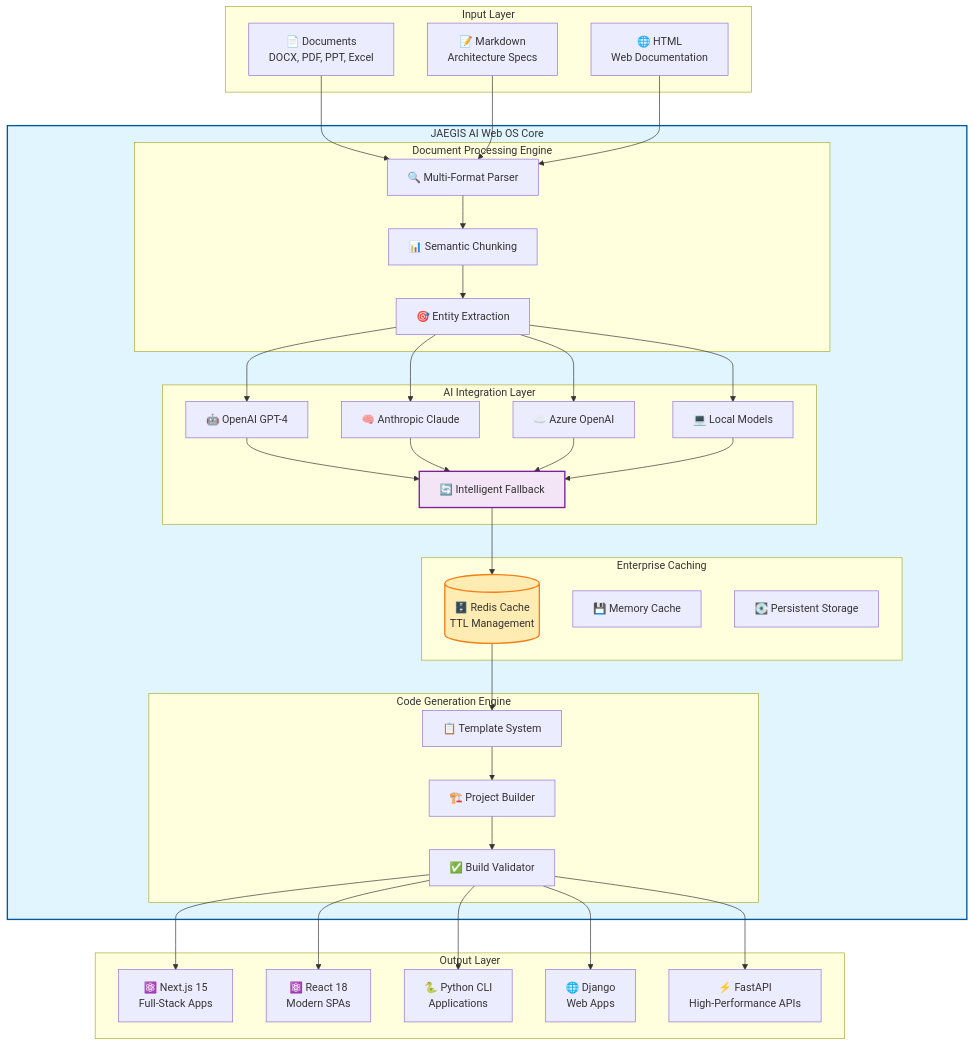
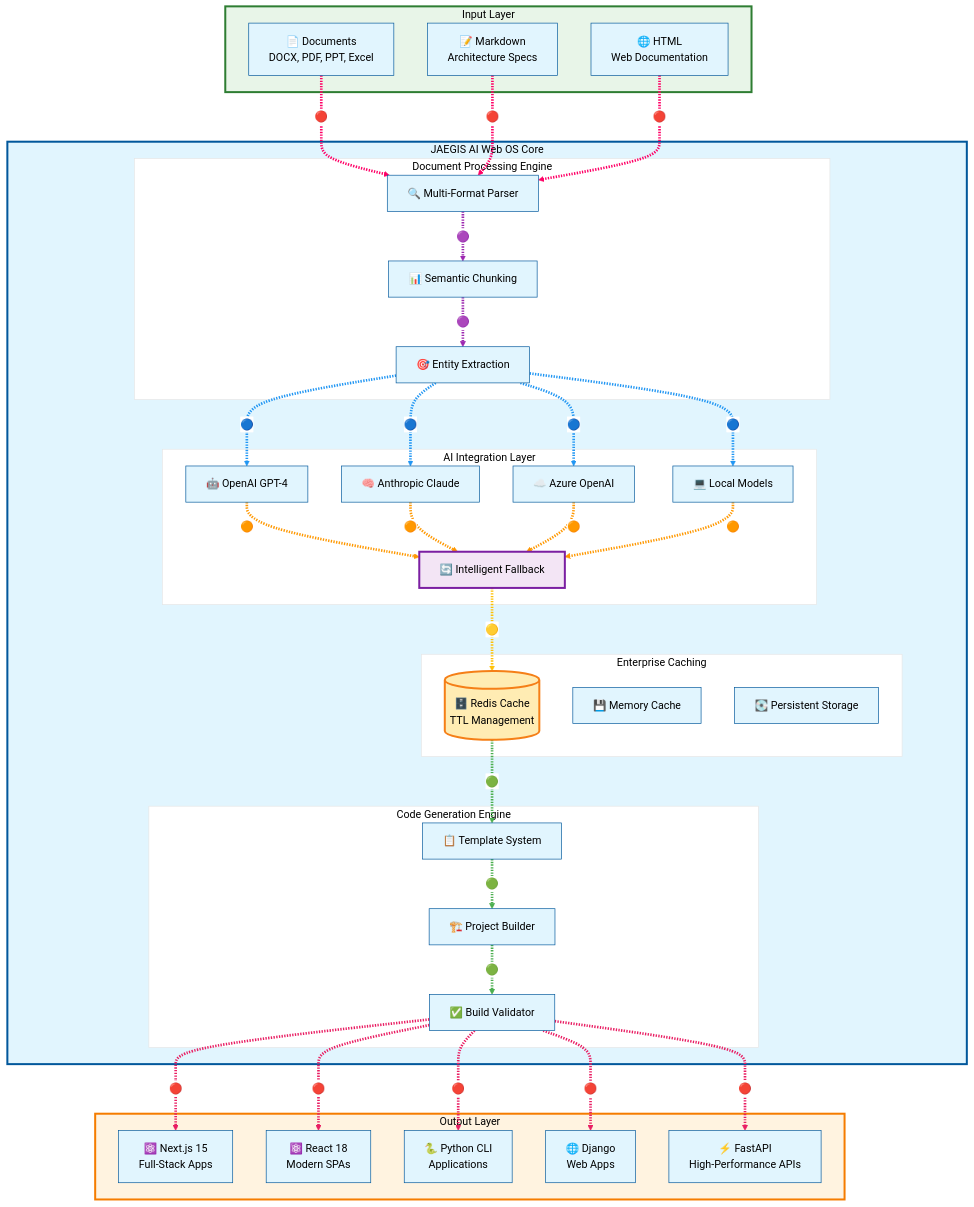
One commit to usemanusai/JAEGIS-AI-Web-OS changed the diagram in README-corrected.md. Above: the diagram before and after it, drawn with Mermaid.

Commit message:
fix: Make Mermaid diagram arrows and connections highly visible with bright colors
🎨 Enhanced Diagram Visibility:
- Added bright pink (#ff0066) arrows for maximum contrast in both light and dark modes
- Applied color-coded connection lines with 4px stroke width for clarity
- Used dotted arrow style (-.->|) with colored emoji indicators
- Implemented individual linkStyle definitions for each connection
- Added Mermaid theme configuration for optimal rendering

🌈 Color-Coded Flow System:
- 🔴 Red: Input processing and final output connections
- 🟣 Purple: Document processing pipeline
- 🔵 Blue: AI provider connections
- 🟠 Orange: AI fallback routing
- 🟡 Yellow: Cache integration
- 🟢 Green: Code generation pipeline
- 🔴 Pink: Final output delivery

♿ Accessibility Maintained:
- High contrast colors work in both light and dark themes
- Colorblind-friendly with emoji indicators as backup
- Thick stroke width (4px) ensures visibility at all zoom levels
- Professional appearance with enhanced readability

The diagram arrows and connections are now highly visible with bright, contrasting colors that stand out clearly in both GitHub light and dark themes.

````diff
--- a/README-corrected.md
+++ b/README-corrected.md
@@ -17,4 +17,5 @@
 ```mermaid
+%%{init: {'theme':'base', 'themeVariables': {'primaryColor':'#e1f5fe', 'primaryTextColor':'#000', 'primaryBorderColor':'#01579b', 'lineColor':'#ff0066', 'arrowheadColor':'#ff0066', 'edgeLabelBackground':'#ffffff', 'tertiaryColor':'#fff'}}}%%
 graph TB
     subgraph InputLayer["Input Layer"]
         DOC["📄 Documents<br/>DOCX, PDF, PPT, Excel"]
@@ -58,38 +59,65 @@
         FASTAPI["⚡ FastAPI<br/>High-Performance APIs"]
     end
     
-    DOC --> PARSER
-    MD --> PARSER
-    HTML --> PARSER
+    DOC -.->|"🔴"| PARSER
+    MD -.->|"🔴"| PARSER
+    HTML -.->|"🔴"| PARSER
     
-    PARSER --> CHUNK
-    CHUNK --> EXTRACT
-    EXTRACT --> OPENAI
-    EXTRACT --> ANTHROPIC
-    EXTRACT --> AZURE
-    EXTRACT --> LOCAL
+    PARSER -.->|"🟣"| CHUNK
+    CHUNK -.->|"🟣"| EXTRACT
+    EXTRACT -.->|"🔵"| OPENAI
+    EXTRACT -.->|"🔵"| ANTHROPIC
+    EXTRACT -.->|"🔵"| AZURE
+    EXTRACT -.->|"🔵"| LOCAL
     
-    OPENAI --> FALLBACK
-    ANTHROPIC --> FALLBACK
-    AZURE --> FALLBACK
-    LOCAL --> FALLBACK
+    OPENAI -.->|"🟠"| FALLBACK
+    ANTHROPIC -.->|"🟠"| FALLBACK
+    AZURE -.->|"🟠"| FALLBACK
+    LOCAL -.->|"🟠"| FALLBACK
     
-    FALLBACK --> REDIS
-    REDIS --> TEMPLATE
-    TEMPLATE --> BUILDER
-    BUILDER --> VALIDATOR
+    FALLBACK -.->|"🟡"| REDIS
+    REDIS -.->|"🟢"| TEMPLATE
+    TEMPLATE -.->|"🟢"| BUILDER
+    BUILDER -.->|"🟢"| VALIDATOR
     
-    VALIDATOR --> NEXTJS
-    VALIDATOR --> REACT
-    VALIDATOR --> PYTHON
-    VALIDATOR --> DJANGO
-    VALIDATOR --> FASTAPI
+    VALIDATOR -.->|"🔴"| NEXTJS
+    VALIDATOR -.->|"🔴"| REACT
+    VALIDATOR -.->|"🔴"| PYTHON
+    VALIDATOR -.->|"🔴"| DJANGO
+    VALIDATOR -.->|"🔴"| FASTAPI
     
-    classDef coreStyle fill:#e1f5fe,stroke:#01579b,stroke-width:2px
-    classDef redisStyle fill:#ffecb3,stroke:#f57f17,stroke-width:2px
-    classDef fallbackStyle fill:#f3e5f5,stroke:#7b1fa2,stroke-width:2px
+    classDef coreStyle fill:#e1f5fe,stroke:#01579b,stroke-width:3px,color:#000
+    classDef redisStyle fill:#ffecb3,stroke:#f57f17,stroke-width:3px,color:#000
+    classDef fallbackStyle fill:#f3e5f5,stroke:#7b1fa2,stroke-width:3px,color:#000
+    classDef inputStyle fill:#e8f5e8,stroke:#2e7d32,stroke-width:3px,color:#000
+    classDef outputStyle fill:#fff3e0,stroke:#f57c00,stroke-width:3px,color:#000
     
     class JAEGISCore coreStyle
     class REDIS redisStyle
     class FALLBACK fallbackStyle
+    class InputLayer inputStyle
+    class OutputLayer outputStyle
+    
+    linkStyle 0 stroke:#ff0066,stroke-width:4px
+    linkStyle 1 stroke:#ff0066,stroke-width:4px
+    linkStyle 2 stroke:#ff0066,stroke-width:4px
+    linkStyle 3 stroke:#9c27b0,stroke-width:4px
+    linkStyle 4 stroke:#9c27b0,stroke-width:4px
+    linkStyle 5 stroke:#2196f3,stroke-width:4px
+    linkStyle 6 stroke:#2196f3,stroke-width:4px
+    linkStyle 7 stroke:#2196f3,stroke-width:4px
+    linkStyle 8 stroke:#2196f3,stroke-width:4px
+    linkStyle 9 stroke:#ff9800,stroke-width:4px
+    linkStyle 10 stroke:#ff9800,stroke-width:4px
+    linkStyle 11 stroke:#ff9800,stroke-width:4px
+    linkStyle 12 stroke:#ff9800,stroke-width:4px
+    linkStyle 13 stroke:#ffc107,stroke-width:4px
+    linkStyle 14 stroke:#4caf50,stroke-width:4px
+    linkStyle 15 stroke:#4caf50,stroke-width:4px
+    linkStyle 16 stroke:#4caf50,stroke-width:4px
+    linkStyle 17 stroke:#e91e63,stroke-width:4px
+    linkStyle 18 stroke:#e91e63,stroke-width:4px
+    linkStyle 19 stroke:#e91e63,stroke-width:4px
+    linkStyle 20 stroke:#e91e63,stroke-width:4px
+    linkStyle 21 stroke:#e91e63,stroke-width:4px
 ```
````
